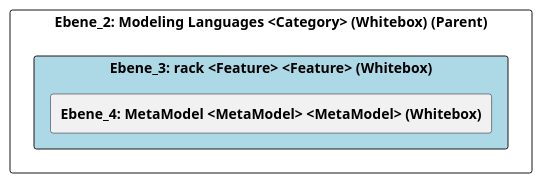
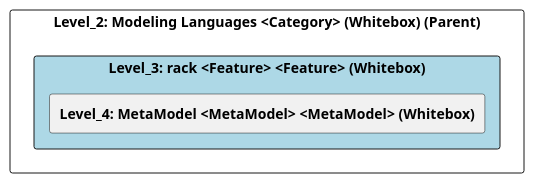
Before and after one commit to marcozwyssig/cleon: the diagram in doc/cleonproject_deliverables_architecture_model_architecture/adoc/de/05_bausteinsicht/cleon/modeling_languages/rack/ebene_3_rack.adoc, drawn with PlantUML. The commit also changed other lines of this file and 83 other files, not shown here.

```diff
--- a/doc/cleonproject_deliverables_architecture_model_architecture/adoc/de/05_bausteinsicht/cleon/modeling_languages/rack/ebene_3_rack.adoc
+++ b/doc/cleonproject_deliverables_architecture_model_architecture/adoc/de/05_bausteinsicht/cleon/modeling_languages/rack/ebene_3_rack.adoc
@@ -20,24 +20,24 @@
-[plantuml, Ebene_3: rack <Feature> <Feature> (Whitebox)BlockOverview, format="svg"]
+[plantuml, Level_3: rack <Feature> <Feature> (Whitebox)BlockOverview, format="svg"]
 ----
-@startuml Ebene_3: rack <Feature> <Feature> (Whitebox)BuildingBlockOverview
+@startuml Level_3: rack <Feature> <Feature> (Whitebox)BuildingBlockOverview
 
 skinparam ranksep 10
 skinparam componentStyle rectangle
 skinparam shadowing false
 skinparam arrowColor lightblue
 skinparam arrowThickness 1.2
 skinparam rectangle {
   BackgroundColor White
   BorderColor #333
   RoundCorner 10
 }
 top to bottom direction
 
-component "Ebene_2: Modeling Languages <Category> (Whitebox) (Parent)" {
-    component "Ebene_3: rack <Feature> <Feature> (Whitebox)" #lightblue {
-        [**Ebene_4: MetaModel <MetaModel> <MetaModel> (Whitebox)**] as 4A56DE56_D579_11EE_903E_9F564E4DE07E
+component "Level_2: Modeling Languages <Category> (Whitebox) (Parent)" {
+    component "Level_3: rack <Feature> <Feature> (Whitebox)" #lightblue {
+        [**Level_4: MetaModel <MetaModel> <MetaModel> (Whitebox)**] as 4A56DE56_D579_11EE_903E_9F564E4DE07E
     }
 }
 
 @enduml
 ----
```
